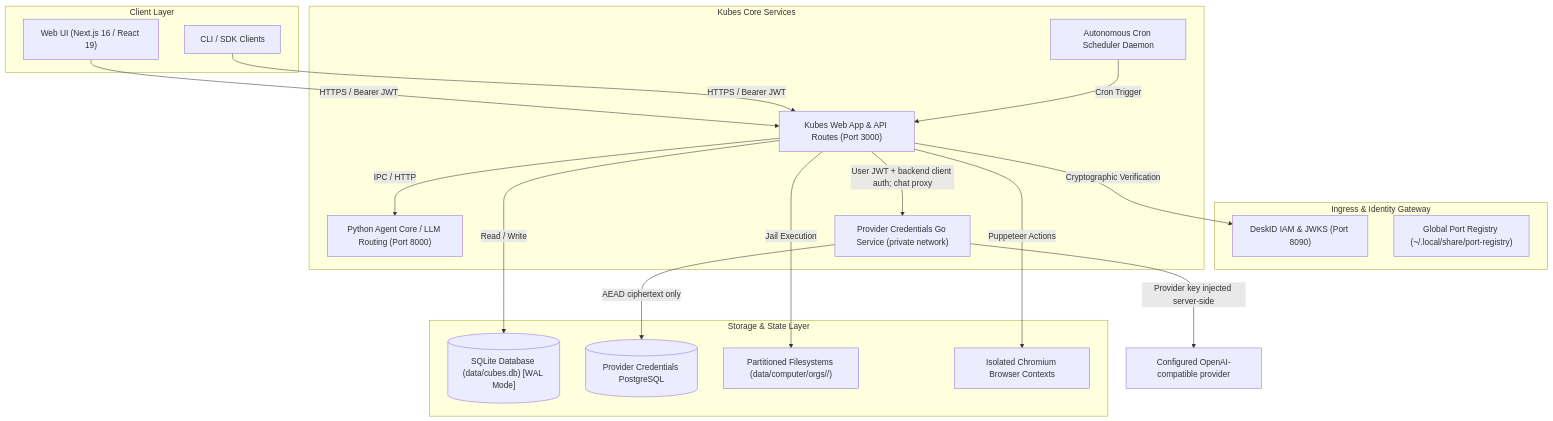
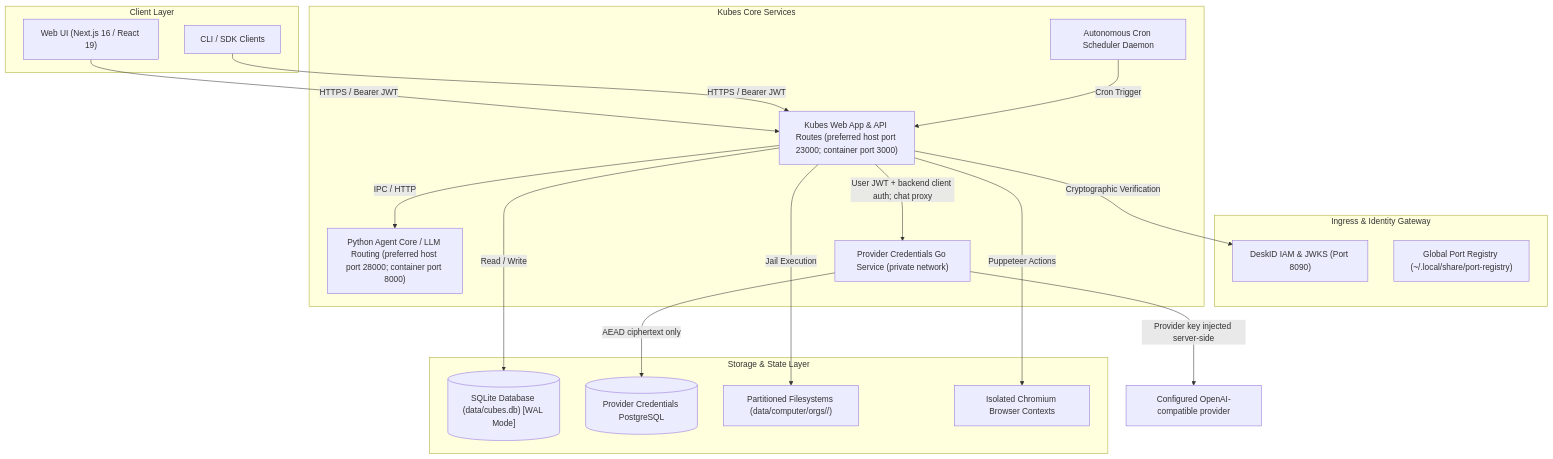
One commit to pisigmac/Kubes changed the first of 3 diagrams in docs/ARCHITECTURE.md. Above: the diagram before and after it, drawn with Mermaid. The commit also changed other lines of this file and 64 other files, not shown here.

````diff
--- a/docs/ARCHITECTURE.md
+++ b/docs/ARCHITECTURE.md
@@ -7,38 +7,38 @@
 ```mermaid
 flowchart TD
     subgraph Clients["Client Layer"]
         WebClient["Web UI (Next.js 16 / React 19)"]
         CLIClient["CLI / SDK Clients"]
     end
 
     subgraph Gateway["Ingress & Identity Gateway"]
         DeskID["DeskID IAM & JWKS (Port 8090)"]
         PortReg["Global Port Registry (~/.local/share/port-registry)"]
     end
 
     subgraph CorePlatform["Kubes Core Services"]
-        WebServer["Kubes Web App & API Routes (Port 3000)"]
-        AgentCore["Python Agent Core / LLM Routing (Port 8000)"]
+        WebServer["Kubes Web App & API Routes (preferred host port 23000; container port 3000)"]
+        AgentCore["Python Agent Core / LLM Routing (preferred host port 28000; container port 8000)"]
         Scheduler["Autonomous Cron Scheduler Daemon"]
         CredentialService["Provider Credentials Go Service (private network)"]
     end
 
     subgraph Persistence["Storage & State Layer"]
         SQLite[("SQLite Database (data/cubes.db) [WAL Mode]")]
         CredentialDB[("Provider Credentials PostgreSQL")]
         JailFS["Partitioned Filesystems (data/computer/orgs/<org-id>/)"]
         ChromiumPool["Isolated Chromium Browser Contexts"]
     end
 
     WebClient -->|HTTPS / Bearer JWT| WebServer
     CLIClient -->|HTTPS / Bearer JWT| WebServer
     WebServer -->|Cryptographic Verification| DeskID
     WebServer -->|IPC / HTTP| AgentCore
     WebServer -->|Read / Write| SQLite
     WebServer -->|User JWT + backend client auth; chat proxy| CredentialService
     CredentialService -->|AEAD ciphertext only| CredentialDB
     CredentialService -->|Provider key injected server-side| Provider["Configured OpenAI-compatible provider"]
     WebServer -->|Jail Execution| JailFS
     WebServer -->|Puppeteer Actions| ChromiumPool
     Scheduler -->|Cron Trigger| WebServer
 ```
````
